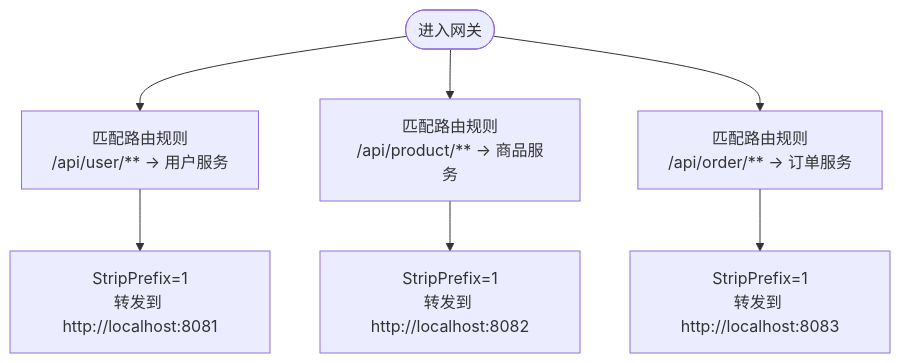
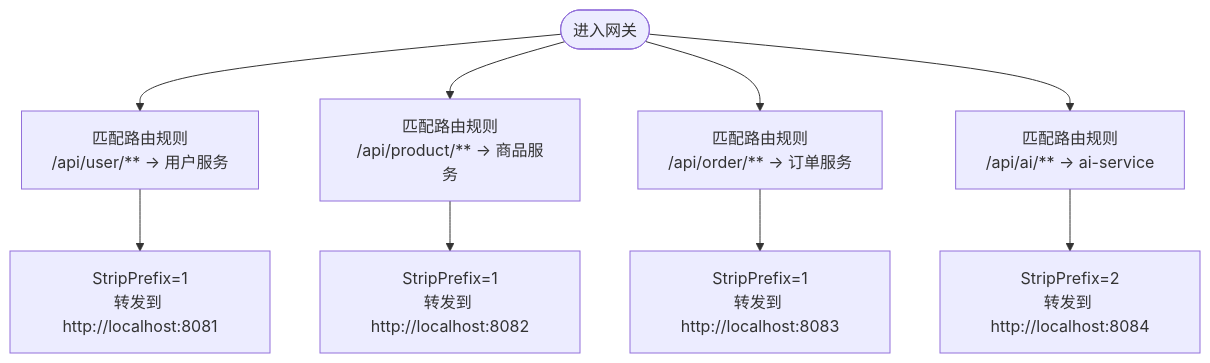
The third of 10 diagrams in .qoder/repowiki/zh/content/后端架构设计/后端架构设计.md (haohailiang/qoder-fullstack), drawn with Mermaid before and after one commit. The commit also changed other lines of this file and 33 other files, not shown here.

````diff
--- a/.qoder/repowiki/zh/content/后端架构设计/后端架构设计.md
+++ b/.qoder/repowiki/zh/content/后端架构设计/后端架构设计.md
@@ -99,9 +112,11 @@
 ```mermaid
 flowchart TD
 Start(["进入网关"]) --> CheckPath["匹配路由规则<br/>/api/user/** → 用户服务"]
 CheckPath --> RouteUser["StripPrefix=1<br/>转发到 http://localhost:8081"]
 Start --> CheckPath2["匹配路由规则<br/>/api/product/** → 商品服务"]
 CheckPath2 --> RouteProduct["StripPrefix=1<br/>转发到 http://localhost:8082"]
 Start --> CheckPath3["匹配路由规则<br/>/api/order/** → 订单服务"]
 CheckPath3 --> RouteOrder["StripPrefix=1<br/>转发到 http://localhost:8083"]
+Start --> CheckPath4["匹配路由规则<br/>/api/ai/** → ai-service"]
+CheckPath4 --> RouteAI["StripPrefix=2<br/>转发到 http://localhost:8084"]
 ```
````
